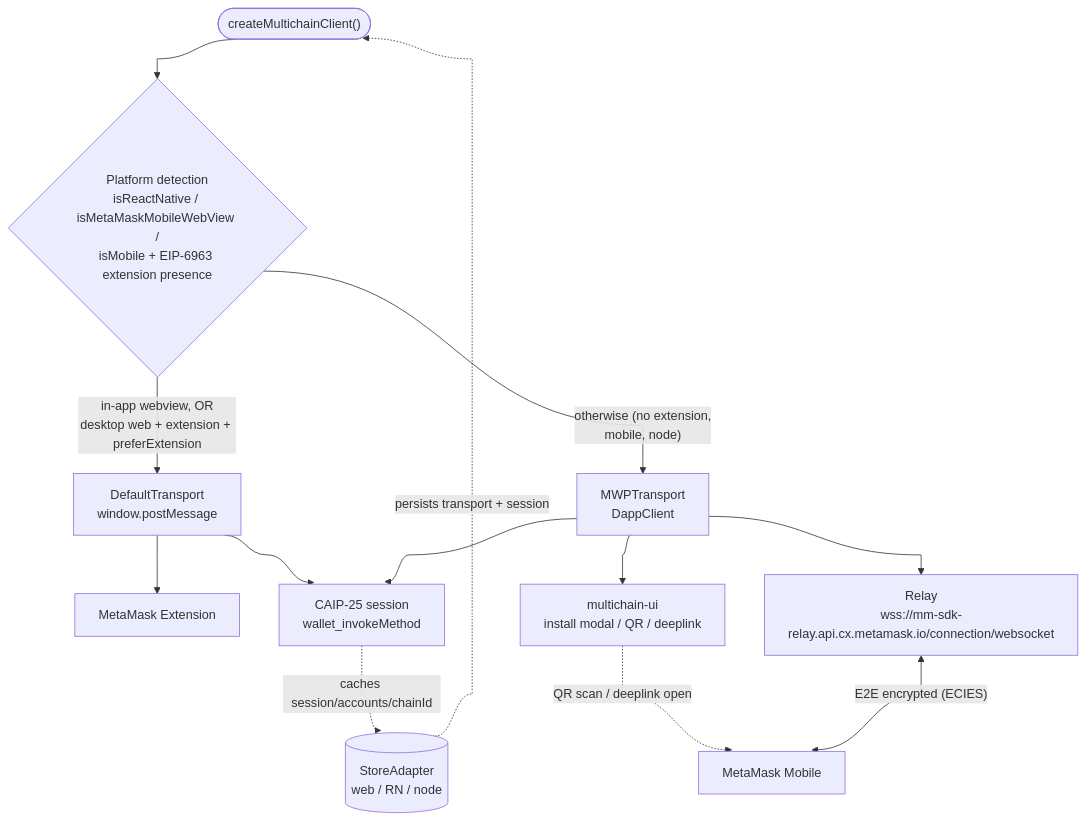
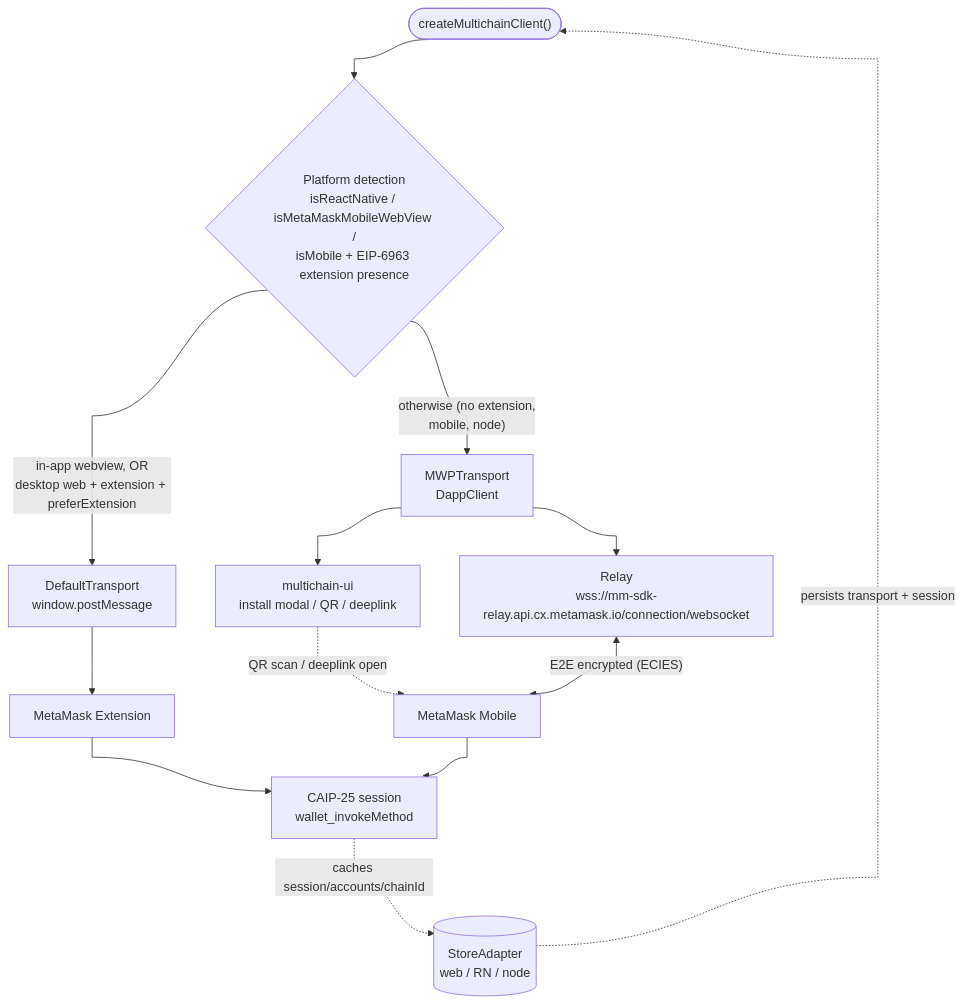
One commit to MetaMask/connect-monorepo changed the second of 2 diagrams in docs/architecture.md. Above: the diagram before and after it, drawn with Mermaid.

Commit message:
chore: hang CAIP-25 session off the wallets in transport diagram
The session is granted by and lives with the wallet, not the transport.
Route Extension/Mobile -> CAIP-25 session instead of drawing parallel
edges from each transport.

````diff
--- a/docs/architecture.md
+++ b/docs/architecture.md
@@ -75,21 +75,21 @@
 ```mermaid
 %%{ init: { 'flowchart': { 'curve': 'bumpX' } } }%%
 graph TD;
   start(["createMultichainClient()"]) --> detect{"Platform detection<br/>isReactNative / isMetaMaskMobileWebView /<br/>isMobile + EIP-6963 extension presence"};
 
   detect -->|"in-app webview, OR<br/>desktop web + extension + preferExtension"| direct["DefaultTransport<br/>window.postMessage"];
   detect -->|"otherwise (no extension,<br/>mobile, node)"| mwp["MWPTransport<br/>DappClient"];
 
   direct --> ext["MetaMask Extension"];
 
   mwp --> ui["multichain-ui<br/>install modal / QR / deeplink"];
   mwp --> relay["Relay<br/>wss://mm-sdk-relay.api.cx.metamask.io/connection/websocket"];
   ui -.->|"QR scan / deeplink open"| mobile["MetaMask Mobile"];
   relay <-->|"E2E encrypted (ECIES)"| mobile;
 
-  direct --> session["CAIP-25 session<br/>wallet_invokeMethod"];
-  mwp --> session;
+  ext --> session["CAIP-25 session<br/>wallet_invokeMethod"];
+  mobile --> session;
 
   store[("StoreAdapter<br/>web / RN / node")] -.->|"persists transport + session"| start;
   session -.->|"caches session/accounts/chainId"| store;
 ```
````
